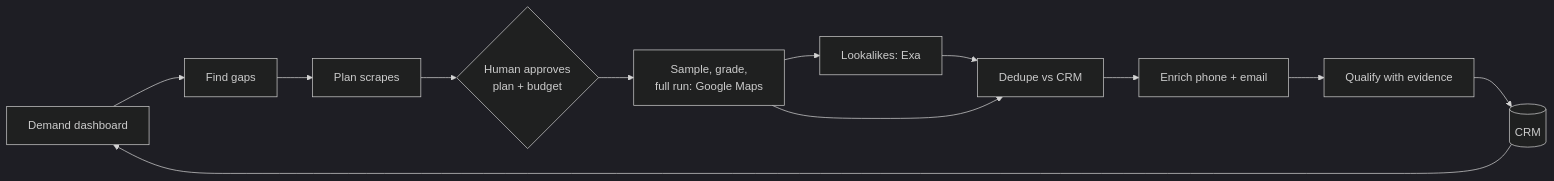
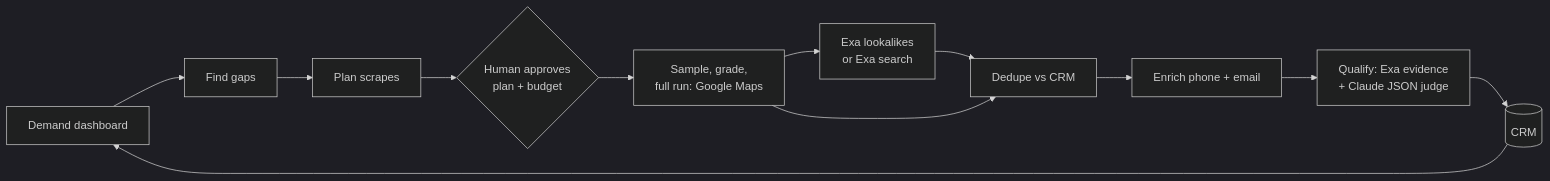
The diagram in p1_leadgen_pipeline_hardened_agent/README.md (austinsolomon/applied_AI_portfolio), drawn with Mermaid (dark theme) before and after one commit. The commit also changed other lines of this file and 3 other files, not shown here.

````diff
--- a/p1_leadgen_pipeline_hardened_agent/README.md
+++ b/p1_leadgen_pipeline_hardened_agent/README.md
@@ -17,14 +20,14 @@
 ```mermaid
 flowchart LR
     D[Demand dashboard] --> G[Find gaps]
     G --> P[Plan scrapes]
     P --> A{Human approves<br/>plan + budget}
     A --> S[Sample, grade,<br/>full run: Google Maps]
-    S --> X[Lookalikes: Exa]
+    S --> X[Exa lookalikes<br/>or Exa search]
     X --> DD[Dedupe vs CRM]
     S --> DD
     DD --> E[Enrich phone + email]
-    E --> Q[Qualify with evidence]
+    E --> Q[Qualify: Exa evidence<br/>+ Claude JSON judge]
     Q --> C[(CRM)]
     C --> D
 ```
````
